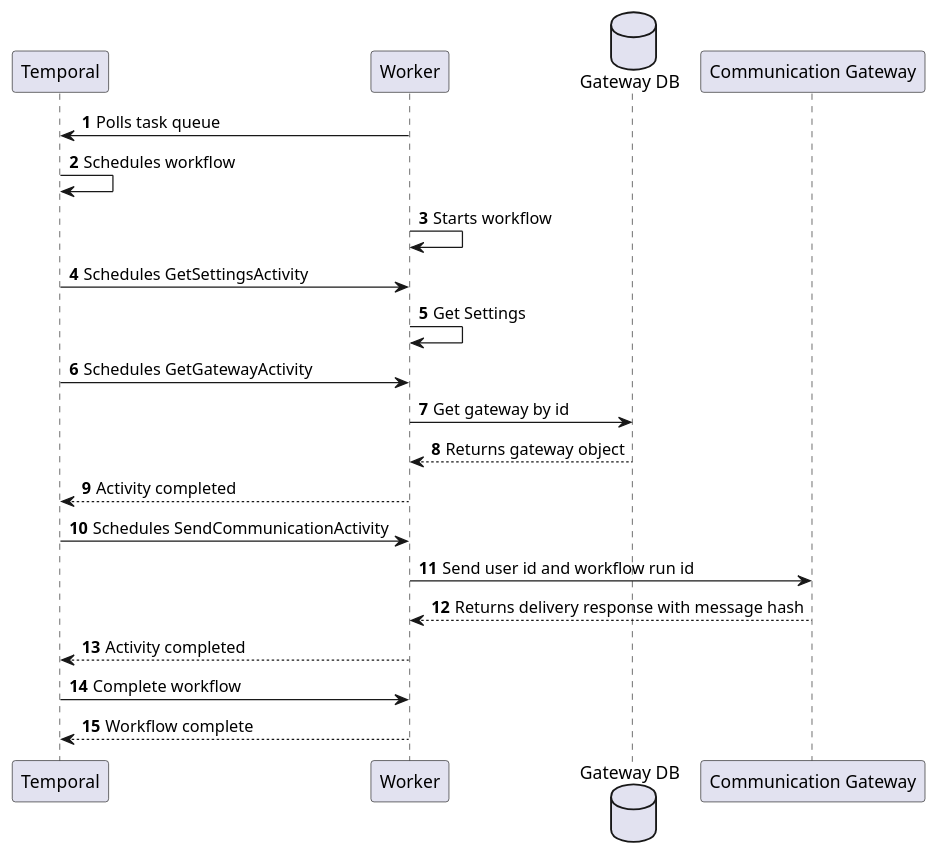
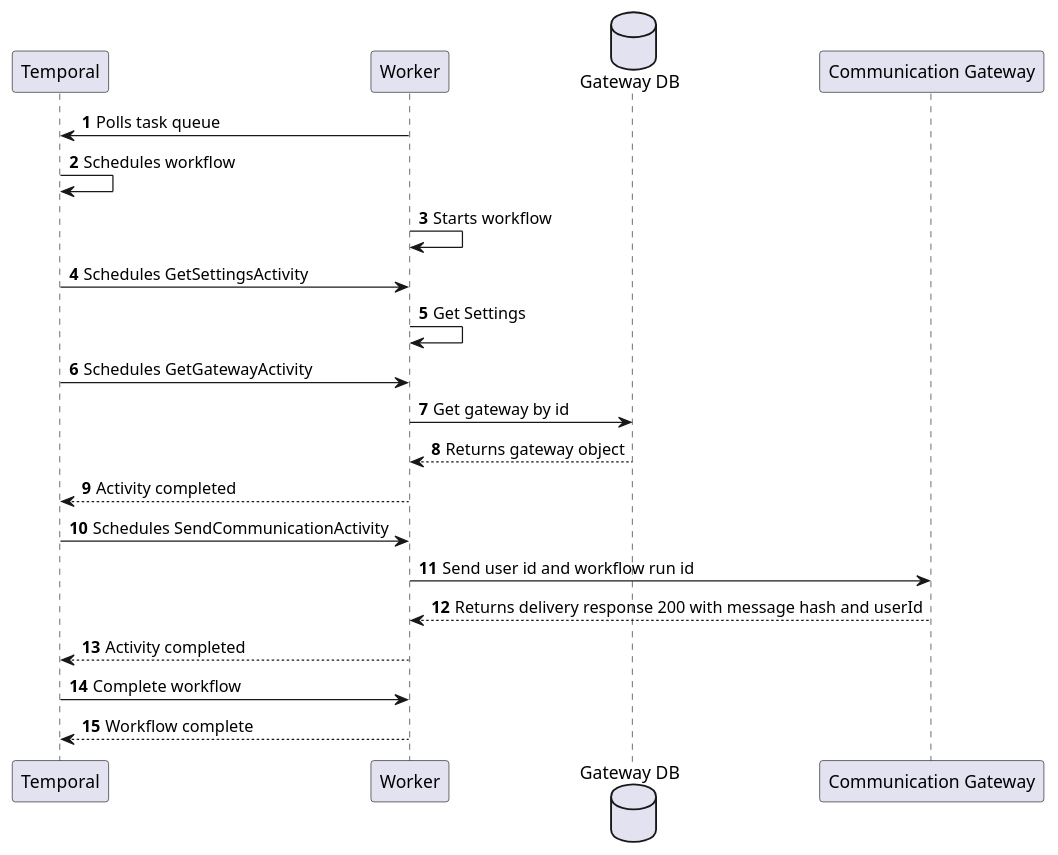
The diagram in Designs/Sequence Diagrams/SendCommunication.puml (CameronWard301/communication_scheduler), drawn with PlantUML before and after one commit. The commit also changed 19 other files, not shown here.

Commit message:
Update/diagrams

```diff
--- a/Designs/Sequence Diagrams/SendCommunication.puml
+++ b/Designs/Sequence Diagrams/SendCommunication.puml
@@ -1,27 +1,27 @@
 @startuml Create New Workflow
 
 participant "Temporal" as temporal
 participant "Worker" as worker
 database "Gateway DB" as gwdb
 
 participant "Communication Gateway" as cgw
 
 autonumber
 
 worker -> temporal: Polls task queue
 temporal -> temporal: Schedules workflow
 worker -> worker: Starts workflow
 temporal -> worker: Schedules GetSettingsActivity
 worker -> worker: Get Settings
 
 temporal -> worker: Schedules GetGatewayActivity
 worker -> gwdb: Get gateway by id
 gwdb --> worker: Returns gateway object
 worker --> temporal: Activity completed
 temporal -> worker: Schedules SendCommunicationActivity
 worker -> cgw: Send user id and workflow run id
-cgw --> worker: Returns delivery response with message hash
+cgw --> worker: Returns delivery response 200 with message hash and userId
 worker --> temporal: Activity completed
 temporal -> worker: Complete workflow
 worker --> temporal: Workflow complete
 @enduml
```
